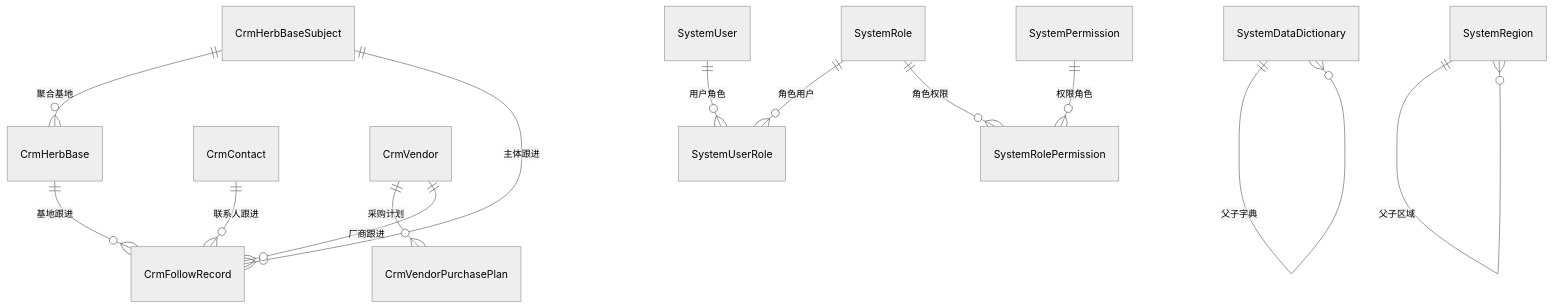
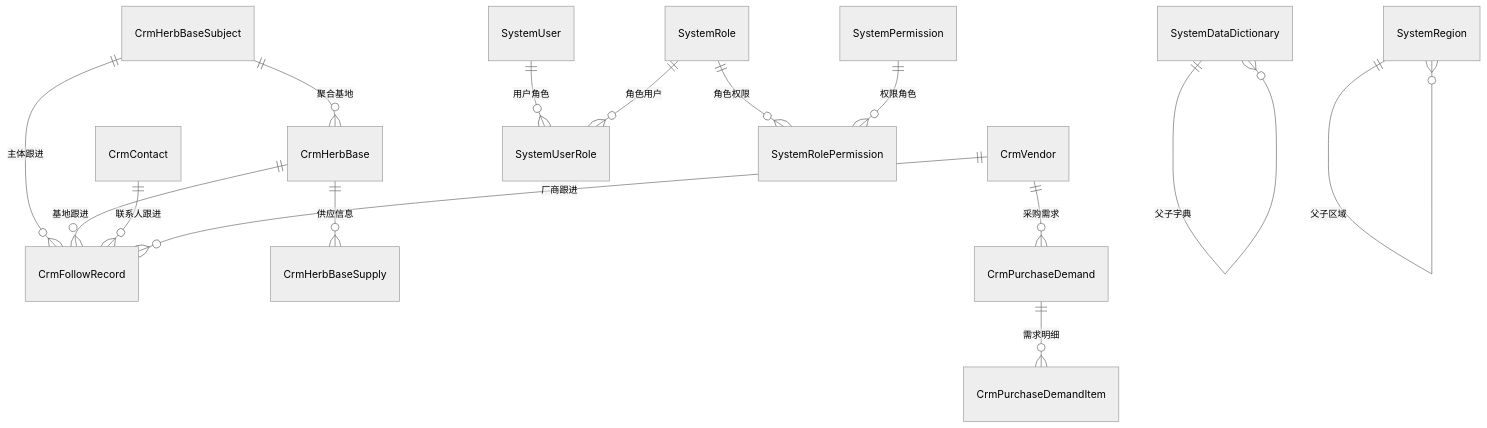
One commit to gouyanfeng/qps changed the diagram in docs/domain/实体说明.md. Above: the diagram before and after it, drawn with Mermaid (neutral theme). The commit also changed other lines of this file and 45 other files, not shown here.

Commit message:
fix: align crm supply flow and documentation

````diff
--- a/docs/domain/实体说明.md
+++ b/docs/domain/实体说明.md
@@ -397,16 +418,18 @@
 ```mermaid
 erDiagram
     CrmHerbBaseSubject ||--o{ CrmHerbBase : "聚合基地"
     CrmHerbBaseSubject ||--o{ CrmFollowRecord : "主体跟进"
+    CrmHerbBase ||--o{ CrmHerbBaseSupply : "供应信息"
     CrmHerbBase ||--o{ CrmFollowRecord : "基地跟进"
     CrmContact ||--o{ CrmFollowRecord : "联系人跟进"
-    CrmVendor ||--o{ CrmVendorPurchasePlan : "采购计划"
+    CrmVendor ||--o{ CrmPurchaseDemand : "采购需求"
+    CrmPurchaseDemand ||--o{ CrmPurchaseDemandItem : "需求明细"
     CrmVendor ||--o{ CrmFollowRecord : "厂商跟进"
 
     SystemUser ||--o{ SystemUserRole : "用户角色"
     SystemRole ||--o{ SystemUserRole : "角色用户"
     SystemRole ||--o{ SystemRolePermission : "角色权限"
     SystemPermission ||--o{ SystemRolePermission : "权限角色"
     SystemDataDictionary ||--o{ SystemDataDictionary : "父子字典"
     SystemRegion ||--o{ SystemRegion : "父子区域"
 ```
````
